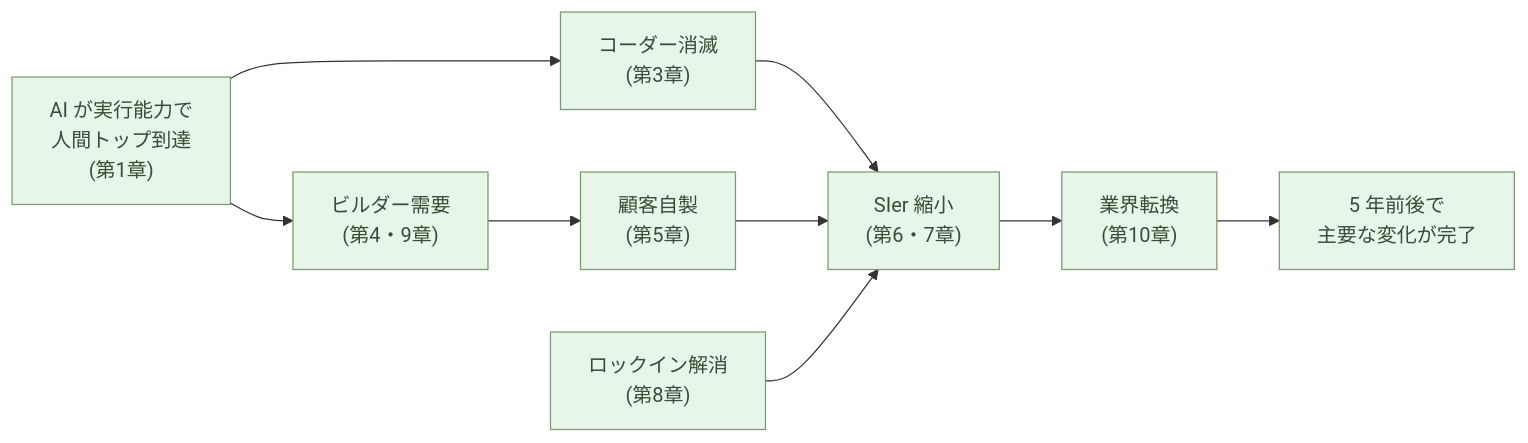
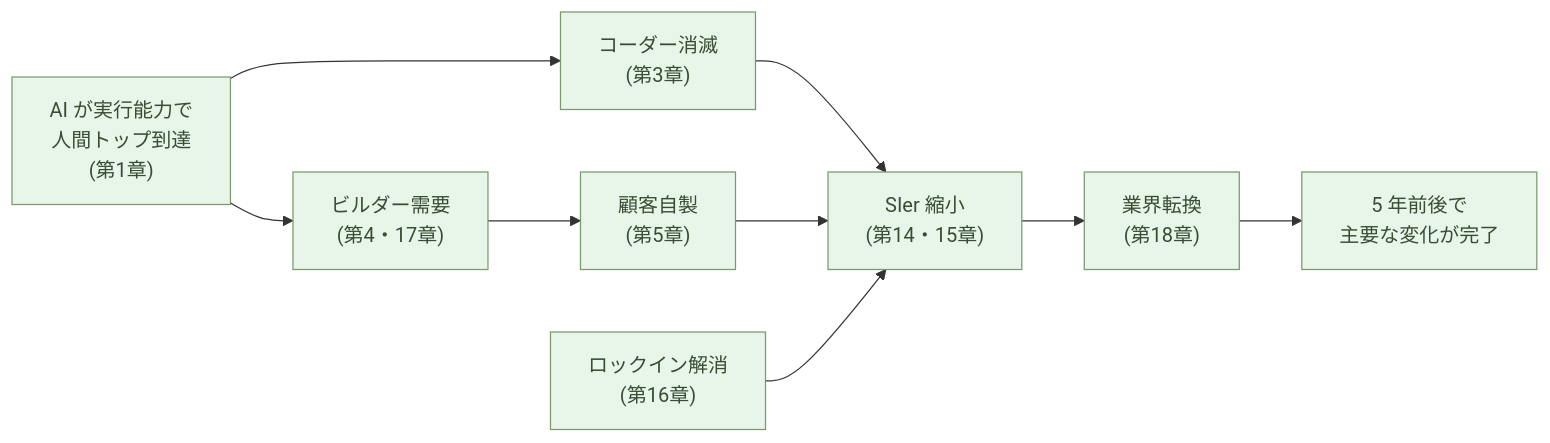
Before and after one commit to aiseed-dev/website: the diagram in articles/ai-native-ways/software/19-five-years/ja.md, drawn with Mermaid. The commit also changed other lines of this file and 12 other files, not shown here.

````diff
--- a/articles/ai-native-ways/software/19-five-years/ja.md
+++ b/articles/ai-native-ways/software/19-five-years/ja.md
@@ -48,23 +48,23 @@
 ```mermaid
 flowchart LR
   AI["AI が実行能力で<br/>人間トップ到達<br/>(第1章)"]
   Coder["コーダー消滅<br/>(第3章)"]
-  Builder["ビルダー需要<br/>(第4・9章)"]
+  Builder["ビルダー需要<br/>(第4・17章)"]
   Customer["顧客自製<br/>(第5章)"]
-  SIer["SIer 縮小<br/>(第6・7章)"]
-  Lock["ロックイン解消<br/>(第8章)"]
-  Industry["業界転換<br/>(第10章)"]
+  SIer["SIer 縮小<br/>(第14・15章)"]
+  Lock["ロックイン解消<br/>(第16章)"]
+  Industry["業界転換<br/>(第18章)"]
   Done["5 年前後で<br/>主要な変化が完了"]
 
   AI --> Coder
   AI --> Builder
   Builder --> Customer
   Coder --> SIer
   Customer --> SIer
   Lock --> SIer
   SIer --> Industry
   Industry --> Done
 
   classDef good fill:#e8f5e9,stroke:#7a9a6d,color:#3a4d34
   class AI,Coder,Builder,Customer,SIer,Lock,Industry,Done good
 ```
````
